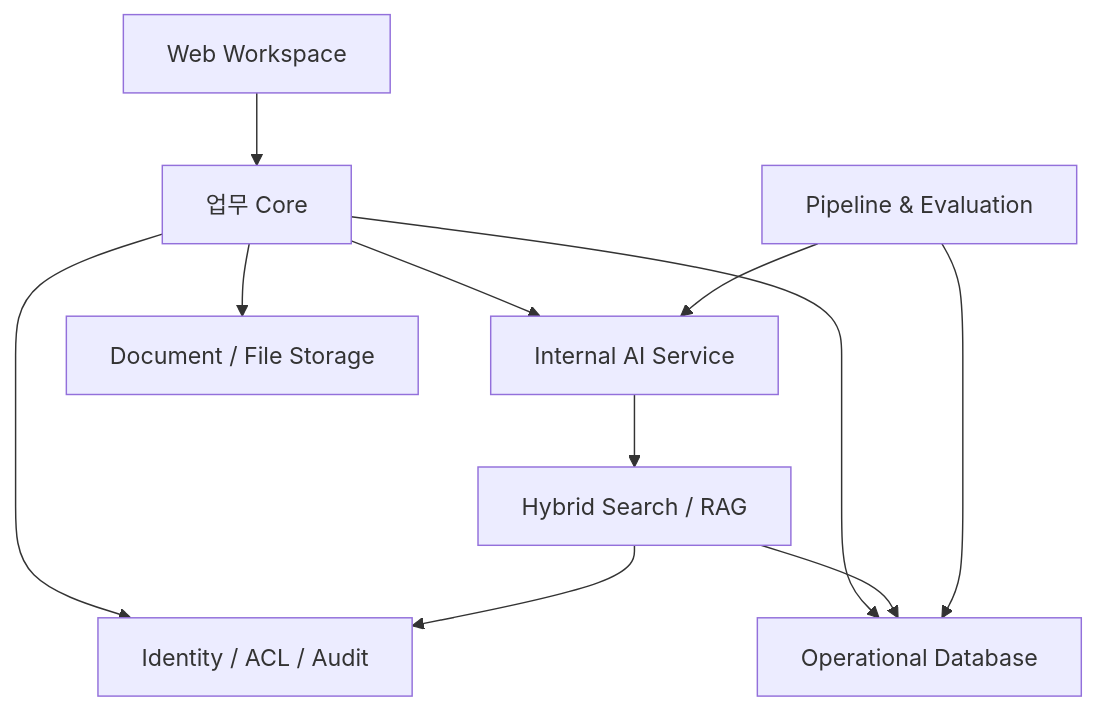
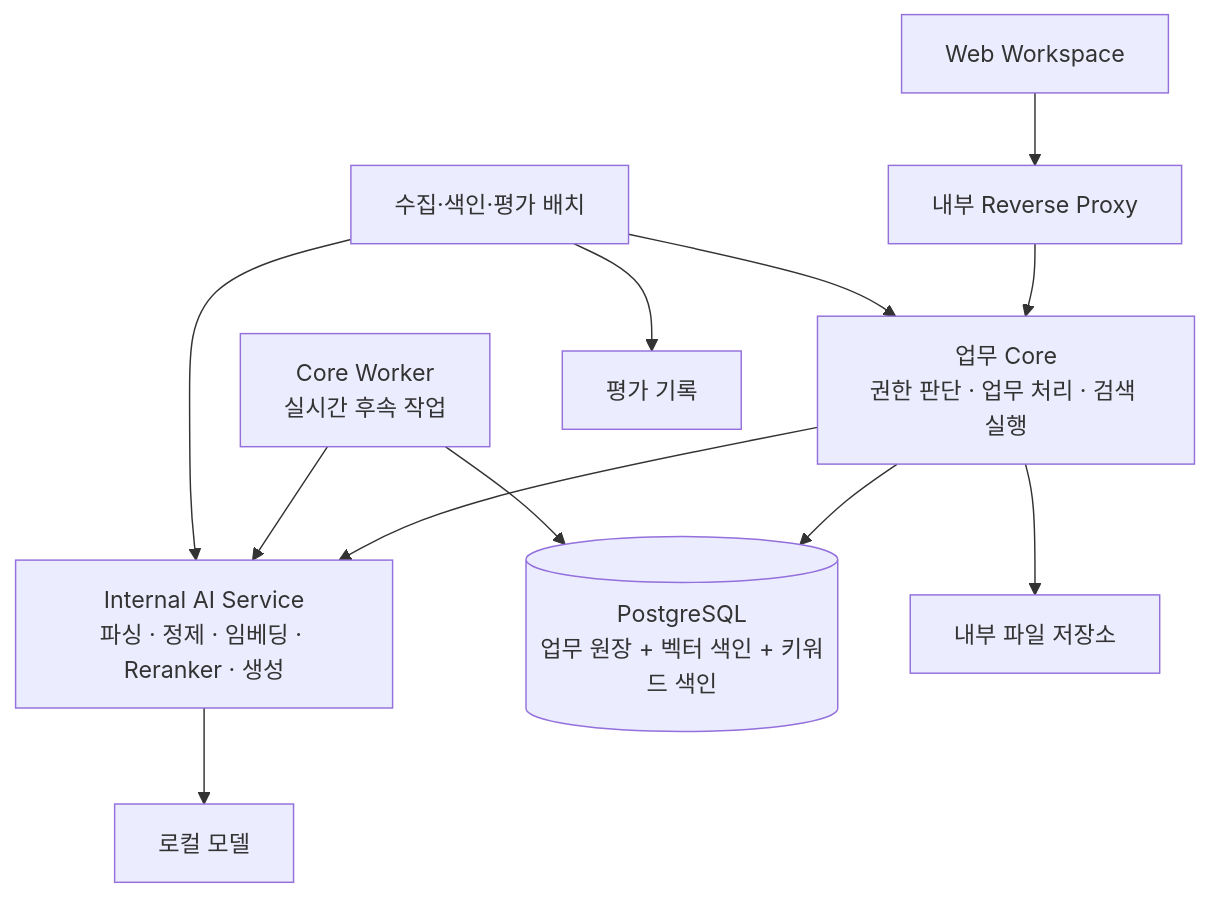
One commit to kingdoms1212/enterprise-knowledge-loop changed the second of 2 diagrams in docs/Enterprise_Knowledge_Loop_Concept_and_Composition_v1.md. Above: the diagram before and after it, drawn with Mermaid. The commit also changed other lines of this file and 2 other files, not shown here.

````diff
--- a/docs/Enterprise_Knowledge_Loop_Concept_and_Composition_v1.md
+++ b/docs/Enterprise_Knowledge_Loop_Concept_and_Composition_v1.md
@@ -361,23 +379,25 @@
 ```mermaid
 flowchart TB
     UI[Web Workspace]
+    PROXY[내부 Reverse Proxy]
 
-    CORE[업무 Core]
-    AI[Internal AI Service]
-    SEARCH[Hybrid Search / RAG]
-    STORE[Document / File Storage]
-    DATA[Operational Database]
-    PIPE[Pipeline & Evaluation]
-    IAM[Identity / ACL / Audit]
+    CORE[업무 Core<br/>권한 판단 · 업무 처리 · 검색 실행]
+    WORKER[Core Worker<br/>실시간 후속 작업]
+    AI[Internal AI Service<br/>파싱 · 정제 · 임베딩 · Reranker · 생성]
+    DB[(PostgreSQL<br/>업무 원장 + 벡터 색인 + 키워드 색인)]
+    STORE[내부 파일 저장소]
+    PIPE[수집·색인·평가 배치]
+    EVAL[평가 기록]
+    LLM[로컬 모델]
 
-    UI --> CORE
-    CORE --> IAM
-    CORE --> DATA
+    UI --> PROXY --> CORE
+    CORE --> DB
     CORE --> STORE
     CORE --> AI
-    AI --> SEARCH
-    SEARCH --> IAM
-    SEARCH --> DATA
-    PIPE --> DATA
+    WORKER --> DB
+    WORKER --> AI
+    PIPE --> CORE
     PIPE --> AI
+    PIPE --> EVAL
+    AI --> LLM
 ```
````
